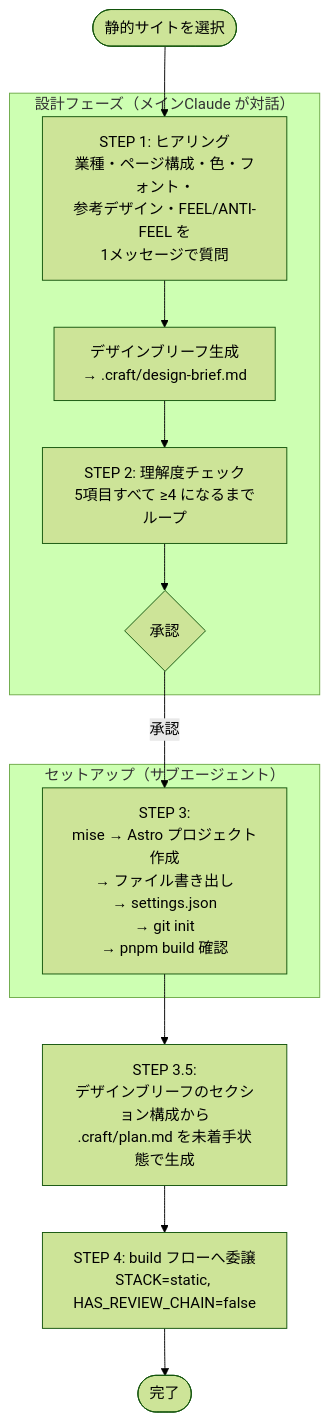
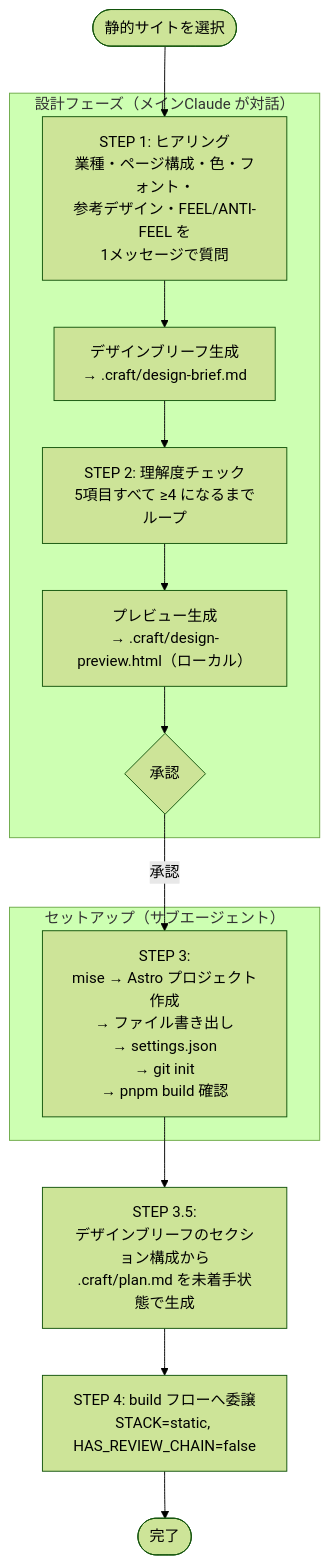
The diagram in claude/skills/craft/flows/new-static/README.md (agaemo/dotfiles), drawn with Mermaid (forest theme) before and after one commit. The commit also changed 9 other files, not shown here.

````diff
--- a/claude/skills/craft/flows/new-static/README.md
+++ b/claude/skills/craft/flows/new-static/README.md
@@ -6,21 +6,22 @@
 ```mermaid
 flowchart TD
     START([静的サイトを選択]) --> S1
 
     subgraph DESIGN["設計フェーズ（メインClaude が対話）"]
         S1["STEP 1: ヒアリング\n業種・ページ構成・色・フォント・\n参考デザイン・FEEL/ANTI-FEEL を\n1メッセージで質問"]
         S1 --> S1B["デザインブリーフ生成\n→ .craft/design-brief.md"]
         S1B --> S2["STEP 2: 理解度チェック\n5項目すべて ≥4 になるまでループ"]
-        S2 --> GATE{承認}
+        S2 --> S2P["プレビュー生成\n→ .craft/design-preview.html（ローカル）"]
+        S2P --> GATE{承認}
     end
 
     GATE -->|承認| S3
 
     subgraph SETUP["セットアップ（サブエージェント）"]
         S3["STEP 3:\nmise → Astro プロジェクト作成\n→ ファイル書き出し\n→ settings.json\n→ git init\n→ pnpm build 確認"]
     end
 
     S3 --> S35["STEP 3.5:\nデザインブリーフのセクション構成から\n.craft/plan.md を未着手状態で生成"]
     S35 --> S4["STEP 4: build フローへ委譲\nSTACK=static, HAS_REVIEW_CHAIN=false"]
     S4 --> END([完了])
 ```
````
